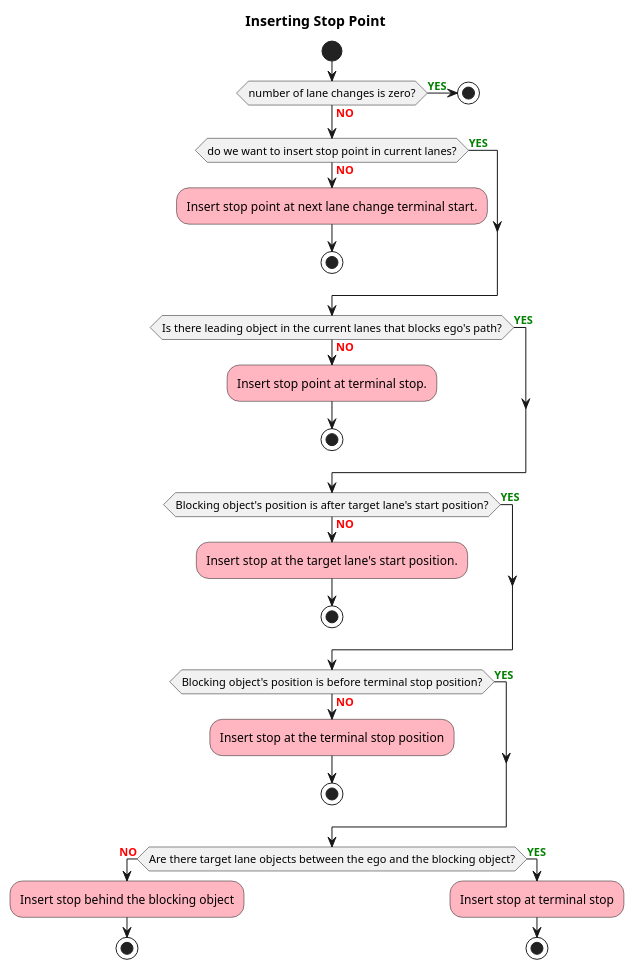
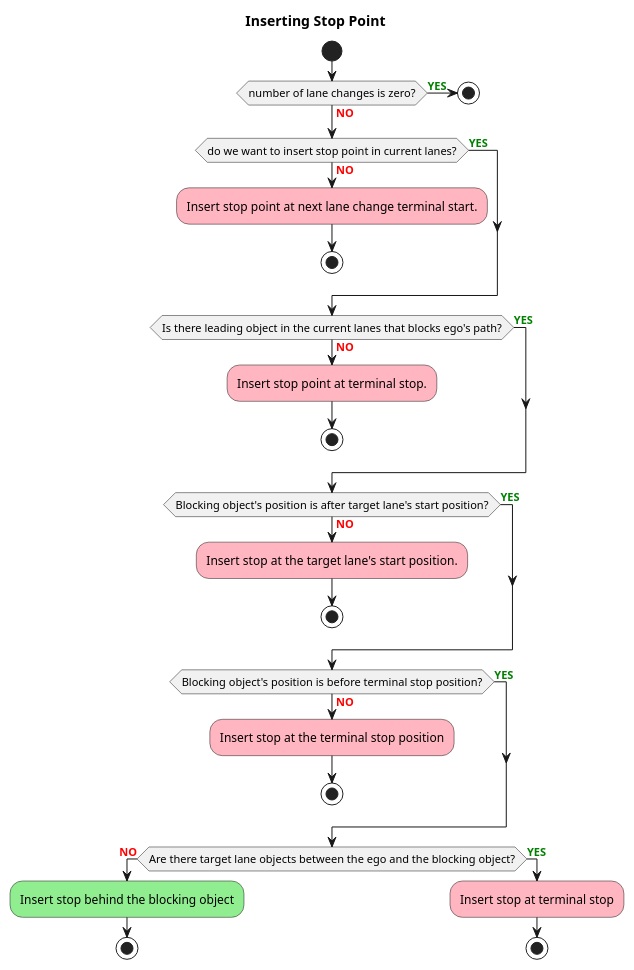
The seventh of 10 diagrams in planning/behavior_path_planner/autoware_behavior_path_lane_change_module/README.md (autowarefoundation/autoware.universe), drawn with PlantUML before and after one commit.

Commit message:
change color

````diff
--- a/planning/behavior_path_planner/autoware_behavior_path_lane_change_module/README.md
+++ b/planning/behavior_path_planner/autoware_behavior_path_lane_change_module/README.md
@@ -549,45 +549,45 @@
 ```plantuml
 @startuml
 skinparam defaultTextAlignment center
 skinparam backgroundColor #WHITE
 
 title Inserting Stop Point
 
 start
 if (number of lane changes is zero?) then (<color:green><b>YES</b></color>)
 stop
 else (<color:red><b>NO</b></color>)
 endif
 
 if (do we want to insert stop point in current lanes?) then (<color:red><b>NO</b></color>)
 #LightPink:Insert stop point at next lane change terminal start.;
 stop
 else (<color:green><b>YES</b></color>)
 endif
 
 if (Is there leading object in the current lanes that blocks ego's path?) then (<color:red><b>NO</b></color>)
 #LightPink:Insert stop point at terminal stop.;
 stop
 else (<color:green><b>YES</b></color>)
 endif
 
 if (Blocking object's position is after target lane's start position?) then (<color:red><b>NO</b></color>)
 #LightPink:Insert stop at the target lane's start position.;
 stop
 else (<color:green><b>YES</b></color>)
 endif
 
 if (Blocking object's position is before terminal stop position?) then (<color:red><b>NO</b></color>)
 #LightPink:Insert stop at the terminal stop position;
 stop
 else (<color:green><b>YES</b></color>)
 endif
 
 if (Are there target lane objects between the ego and the blocking object?) then (<color:red><b>NO</b></color>)
-#LightPink:Insert stop behind the blocking object;
+#LightGreen:Insert stop behind the blocking object;
 stop
 else (<color:green><b>YES</b></color>)
 #LightPink:Insert stop at terminal stop;
 stop
 @enduml
 ```
````
